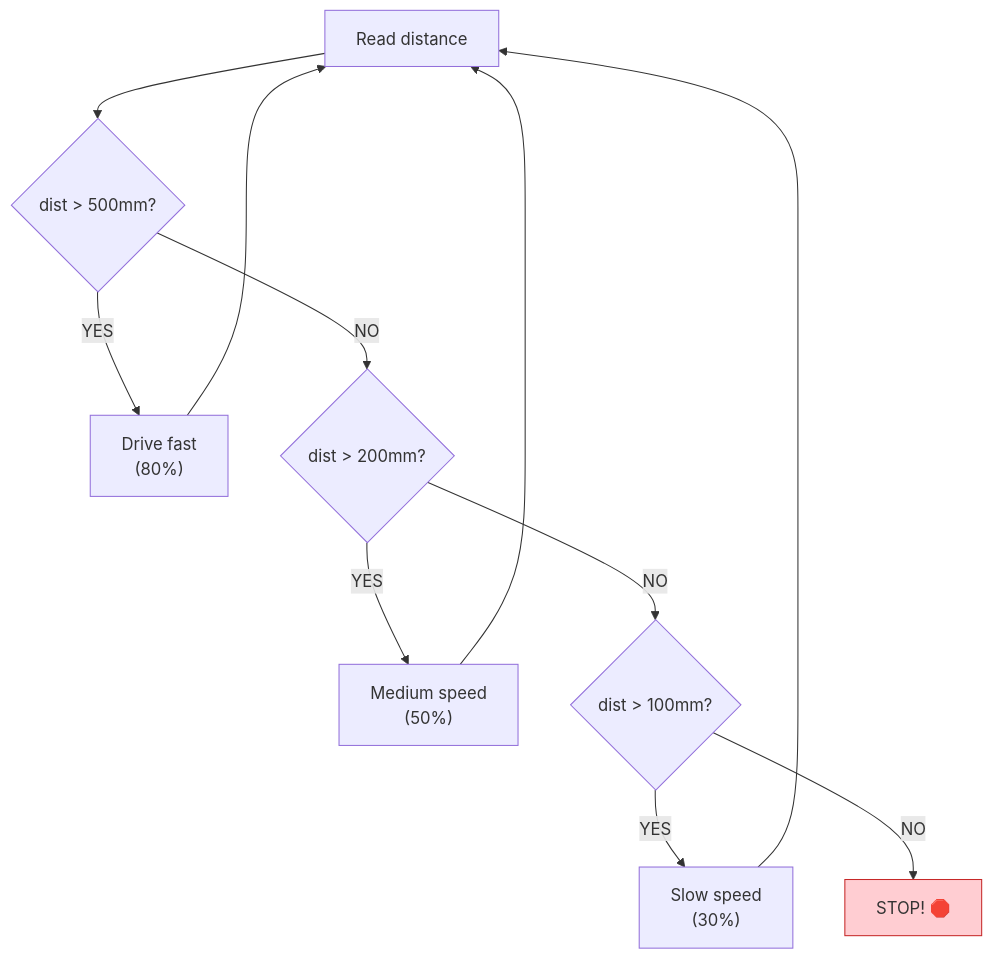
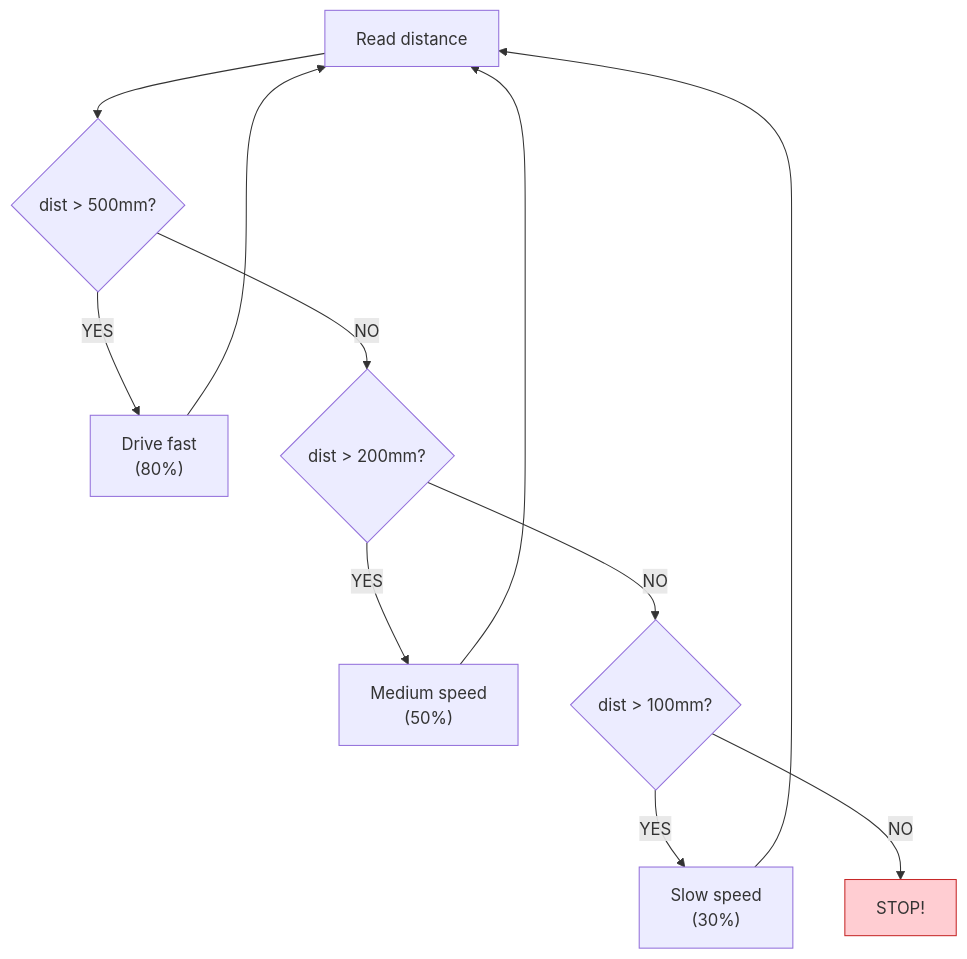
Before and after one commit to anowarislam/vex-pushback: the sixth of 14 diagrams in docs/tutorials/07-advanced/02-sensor-integration.md, drawn with Mermaid. The commit also changed other lines of this file and 16 other files, not shown here.

````diff
--- a/docs/tutorials/07-advanced/02-sensor-integration.md
+++ b/docs/tutorials/07-advanced/02-sensor-integration.md
@@ -253,16 +253,16 @@
 ```mermaid
 flowchart TD
     A["Read distance"] --> B{"dist > 500mm?"}
     B -->|"YES"| C["Drive fast\n(80%)"]
     B -->|"NO"| D{"dist > 200mm?"}
     D -->|"YES"| E["Medium speed\n(50%)"]
     D -->|"NO"| F{"dist > 100mm?"}
     F -->|"YES"| G["Slow speed\n(30%)"]
-    F -->|"NO"| H["STOP! 🛑"]
+    F -->|"NO"| H["STOP!"]
 
     C --> A
     E --> A
     G --> A
 
     style H fill:#ffcdd2,stroke:#c62828
 ```
````
